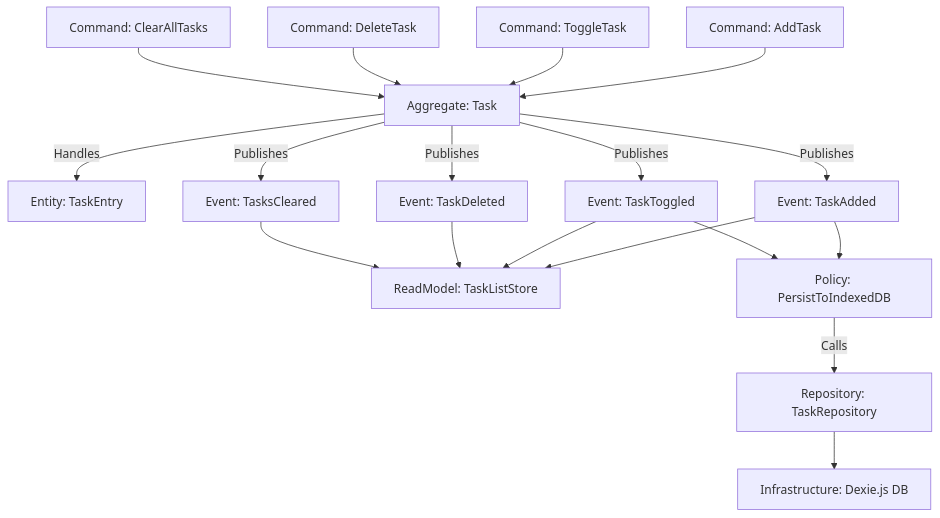
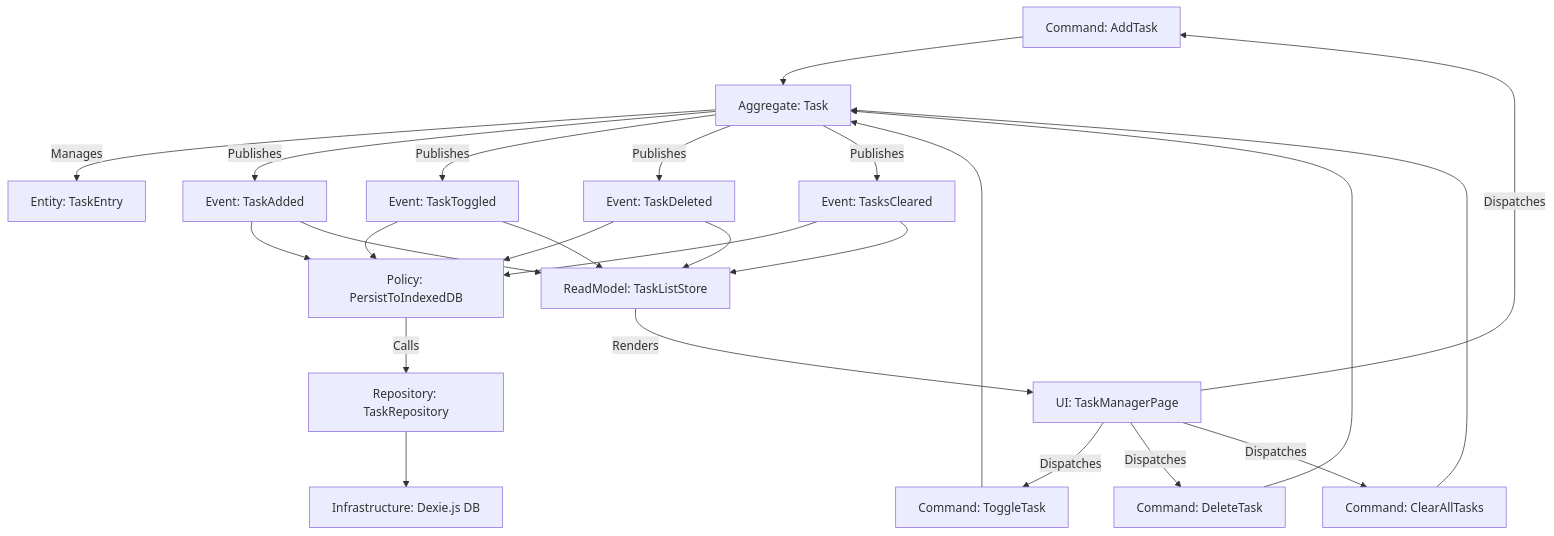
The diagram in architecture-example/project_blueprint.md (esavard/sovereign-spec-ai), drawn with Mermaid before and after one commit. The commit also changed other lines of this file and 14 other files, not shown here.

First line of the commit message:
- Improve the architect tasks productions flow. (#2)

````diff
--- a/architecture-example/project_blueprint.md
+++ b/architecture-example/project_blueprint.md
@@ -11,32 +50,40 @@
 ```mermaid
-%% Event Storming & DDD Model for Local Task Tracker
 graph TD
-    %% Use Cases / Commands (Blue Post-its)
+    %% Commands
     C_AddTask[Command: AddTask] --> A_Task[Aggregate: Task]
     C_ToggleTask[Command: ToggleTask] --> A_Task
     C_DeleteTask[Command: DeleteTask] --> A_Task
     C_ClearTasks[Command: ClearAllTasks] --> A_Task
 
-    %% Aggregates / Entities (Yellow Post-its)
-    A_Task -->|Handles| E_TaskEntry[Entity: TaskEntry]
+    %% Entities
+    A_Task -->|Manages| E_TaskEntry[Entity: TaskEntry]
 
-    %% Domain Events (Orange Post-its)
+    %% Domain Events
     A_Task -->|Publishes| DE_TaskAdded[Event: TaskAdded]
     A_Task -->|Publishes| DE_TaskToggled[Event: TaskToggled]
     A_Task -->|Publishes| DE_TaskDeleted[Event: TaskDeleted]
     A_Task -->|Publishes| DE_TasksCleared[Event: TasksCleared]
 
-    %% Read Models / UI Stores (Green Post-its)
+    %% Policies
+    DE_TaskAdded --> P_Persist[Policy: PersistToIndexedDB]
+    DE_TaskToggled --> P_Persist
+    DE_TaskDeleted --> P_Persist
+    DE_TasksCleared --> P_Persist
+    P_Persist -->|Calls| R_TaskRepo[Repository: TaskRepository]
+
+    %% Infrastructure
+    R_TaskRepo --> DB_Dexie[Infrastructure: Dexie.js DB]
+
+    %% Read Models
     DE_TaskAdded --> RM_TaskList[ReadModel: TaskListStore]
     DE_TaskToggled --> RM_TaskList
     DE_TaskDeleted --> RM_TaskList
     DE_TasksCleared --> RM_TaskList
 
-    %% Policies / Sagas (Lilac Post-its)
-    DE_TaskAdded --> P_Persist[Policy: PersistToIndexedDB]
-    DE_TaskToggled --> P_Persist
-    P_Persist -->|Calls| R_TaskRepo[Repository: TaskRepository]
-
-    %% Infrastructure (White Post-its)
-    R_TaskRepo --> DB_Dexie[Infrastructure: Dexie.js DB]
+    %% UI
+    UI_TaskManagerPage[UI: TaskManagerPage] -->|Dispatches| C_AddTask
+    UI_TaskManagerPage -->|Dispatches| C_ToggleTask
+    UI_TaskManagerPage -->|Dispatches| C_DeleteTask
+    UI_TaskManagerPage -->|Dispatches| C_ClearTasks
+    RM_TaskList -->|Renders| UI_TaskManagerPage
 ```
````
